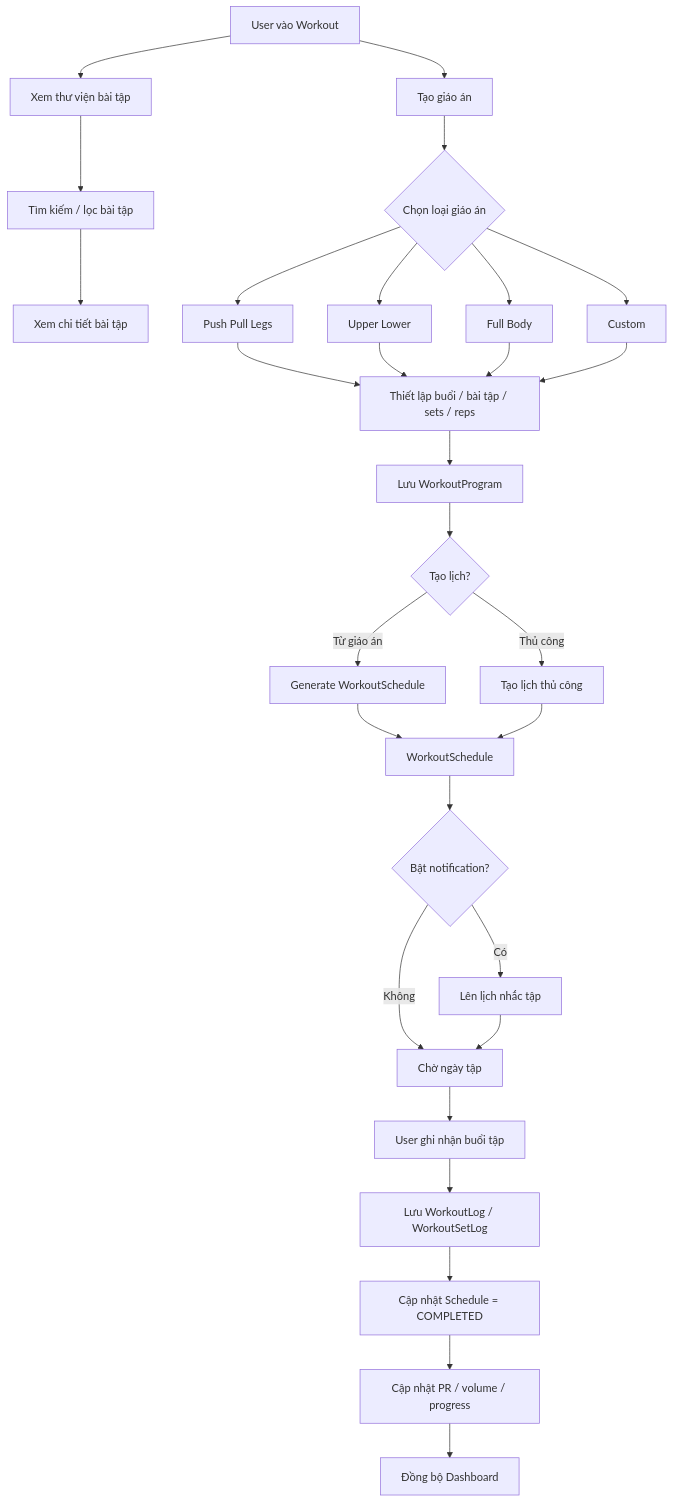
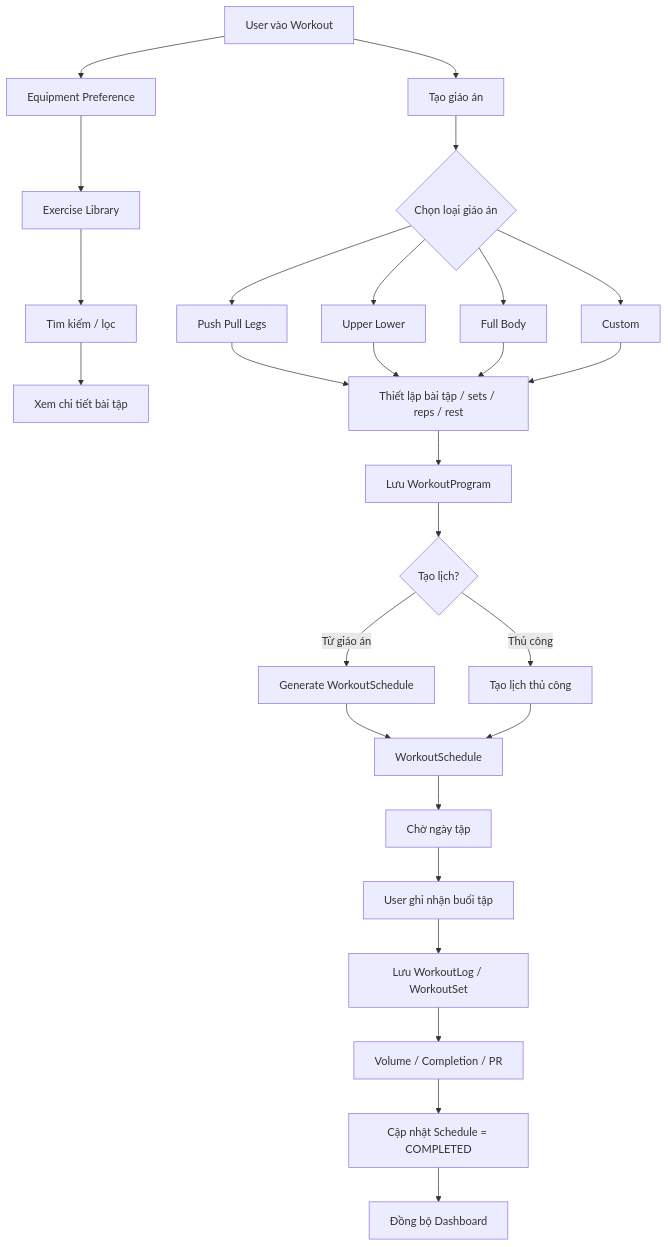
The sixth of 21 diagrams in docs/spec/bussiness_mainflow.md (tgiahuy/VieGym), drawn with Mermaid before and after one commit. The commit also changed other lines of this file and 16 other files, not shown here.

````diff
--- a/docs/spec/bussiness_mainflow.md
+++ b/docs/spec/bussiness_mainflow.md
@@ -351,34 +519,33 @@
 ```mermaid
 flowchart TD
-    Start[User vào Workout] --> Library[Xem thư viện bài tập]
-    Library --> Filter[Tìm kiếm / lọc bài tập]
+    Start[User vào Workout] --> Equipment[Equipment Preference]
+    Equipment --> Library[Exercise Library]
+    Library --> Filter[Tìm kiếm / lọc]
     Filter --> Detail[Xem chi tiết bài tập]
 
     Start --> Build[Tạo giáo án]
     Build --> Template{Chọn loại giáo án}
     Template --> PPL[Push Pull Legs]
     Template --> UL[Upper Lower]
     Template --> FB[Full Body]
     Template --> Custom[Custom]
-    PPL --> Program[Thiết lập buổi / bài tập / sets / reps]
+
+    PPL --> Program[Thiết lập bài tập / sets / reps / rest]
     UL --> Program
     FB --> Program
     Custom --> Program
+
     Program --> SaveProgram[Lưu WorkoutProgram]
-
     SaveProgram --> ScheduleChoice{Tạo lịch?}
     ScheduleChoice -- Từ giáo án --> Generate[Generate WorkoutSchedule]
     ScheduleChoice -- Thủ công --> Manual[Tạo lịch thủ công]
     Generate --> Schedule[WorkoutSchedule]
     Manual --> Schedule
-    Schedule --> Notify{Bật notification?}
-    Notify -- Có --> Reminder[Lên lịch nhắc tập]
-    Notify -- Không --> Wait[Chờ ngày tập]
-    Reminder --> Wait
 
+    Schedule --> Wait[Chờ ngày tập]
     Wait --> Log[User ghi nhận buổi tập]
-    Log --> SetLog[Lưu WorkoutLog / WorkoutSetLog]
-    SetLog --> Complete[Cập nhật Schedule = COMPLETED]
-    Complete --> Stats[Cập nhật PR / volume / progress]
-    Stats --> Dashboard[Đồng bộ Dashboard]
+    Log --> SetLog[Lưu WorkoutLog / WorkoutSet]
+    SetLog --> Calculate[Volume / Completion / PR]
+    Calculate --> Complete[Cập nhật Schedule = COMPLETED]
+    Complete --> Dashboard[Đồng bộ Dashboard]
 ```
````
